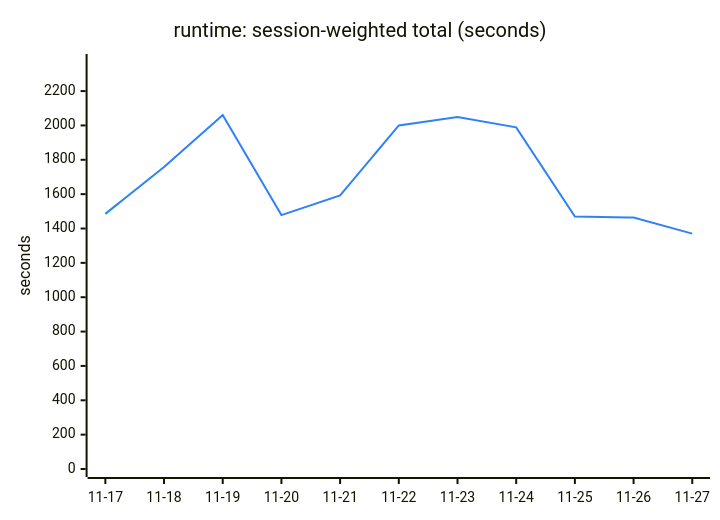
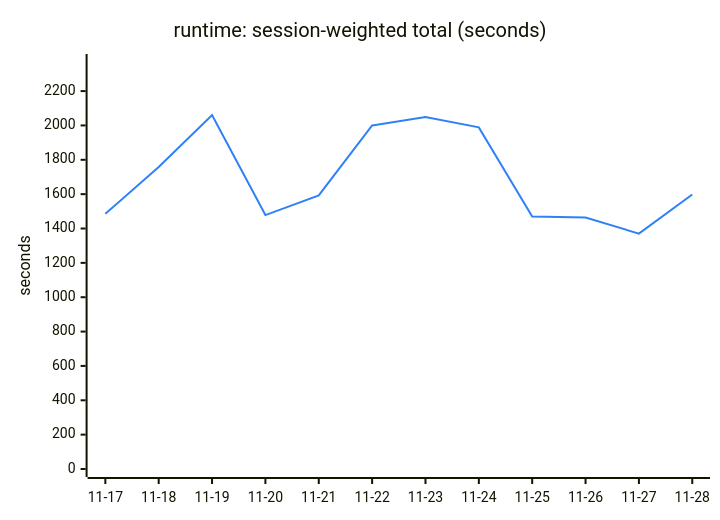
Before and after one commit to Ricovl/mxcli: the sixth of 6 diagrams in TREND.md, drawn with Mermaid. The commit also changed other lines of this file and 2 other files, not shown here.

````diff
--- a/TREND.md
+++ b/TREND.md
@@ -137,13 +137,13 @@
 ```mermaid
 ---
 config:
   themeVariables:
     xyChart:
       plotColorPalette: "#2f81f7"
 ---
 xychart-beta
     title "runtime: session-weighted total (seconds)"
-    x-axis ["11-17", "11-18", "11-19", "11-20", "11-21", "11-22", "11-23", "11-24", "11-25", "11-26", "11-27"]
+    x-axis ["11-17", "11-18", "11-19", "11-20", "11-21", "11-22", "11-23", "11-24", "11-25", "11-26", "11-27", "11-28"]
     y-axis "seconds" 0 --> 2369.30
-    line [1485.35, 1758.30, 2060.26, 1478.08, 1592.45, 1999.87, 2048.73, 1988.73, 1469.82, 1463.94, 1370.30]
+    line [1485.35, 1758.30, 2060.26, 1478.08, 1592.45, 1999.87, 2048.73, 1988.73, 1469.82, 1463.94, 1370.30, 1597.64]
 ```
````
